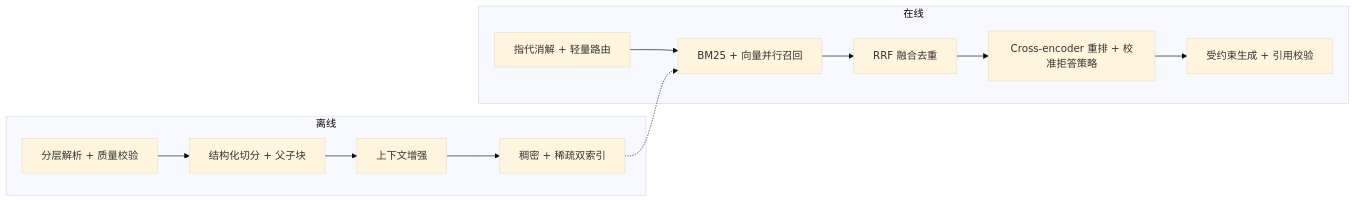
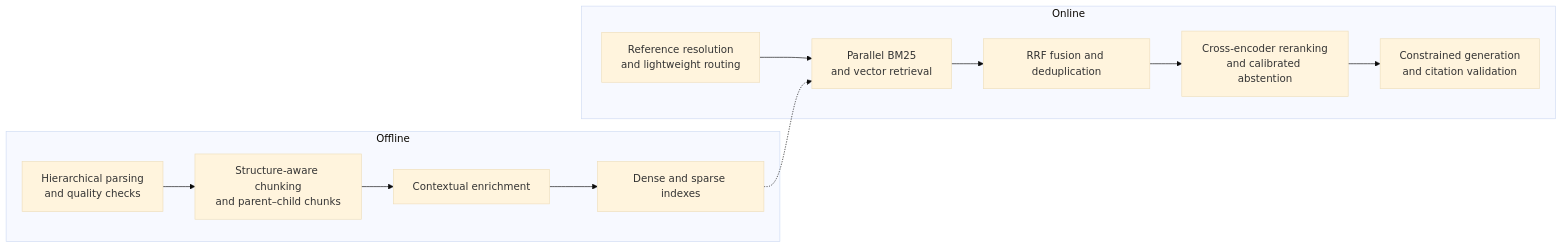
Before and after one commit to oneleaveknowsthefall/awesome-ai-roadmap: the third of 3 diagrams in docs/rag/03-retrieval/14-retrieval-optimization.md, drawn with Mermaid (base theme). The commit also changed other lines of this file and 60 other files, not shown here.

````diff
--- a/docs/rag/03-retrieval/14-retrieval-optimization.md
+++ b/docs/rag/03-retrieval/14-retrieval-optimization.md
@@ -163,15 +163,15 @@
 ```mermaid
 flowchart LR
-    subgraph 离线
-        A[分层解析 + 质量校验] --> B[结构化切分 + 父子块]
-        B --> C[上下文增强]
-        C --> D[稠密 + 稀疏双索引]
+    subgraph 离线["Offline"]
+        A[Hierarchical parsing<br/>and quality checks] --> B[Structure-aware chunking<br/>and parent–child chunks]
+        B --> C[Contextual enrichment]
+        C --> D[Dense and sparse indexes]
     end
-    subgraph 在线
-        E[指代消解 + 轻量路由] --> F[BM25 + 向量并行召回]
-        F --> G[RRF 融合去重]
-        G --> H[Cross-encoder 重排 + 校准拒答策略]
-        H --> I[受约束生成 + 引用校验]
+    subgraph 在线["Online"]
+        E[Reference resolution<br/>and lightweight routing] --> F[Parallel BM25<br/>and vector retrieval]
+        F --> G[RRF fusion and deduplication]
+        G --> H[Cross-encoder reranking<br/>and calibrated abstention]
+        H --> I[Constrained generation<br/>and citation validation]
     end
     D -.-> F
 ```
````
